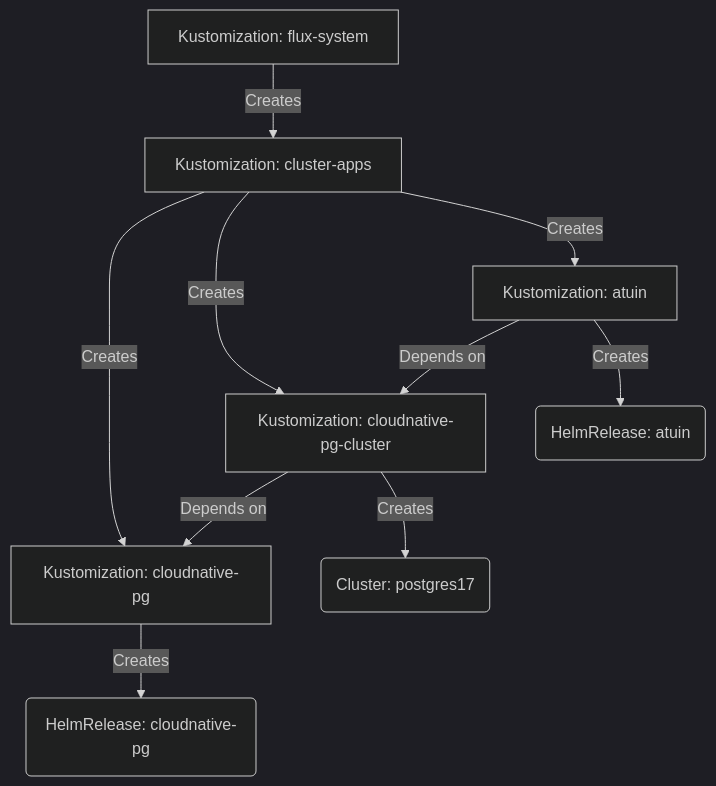
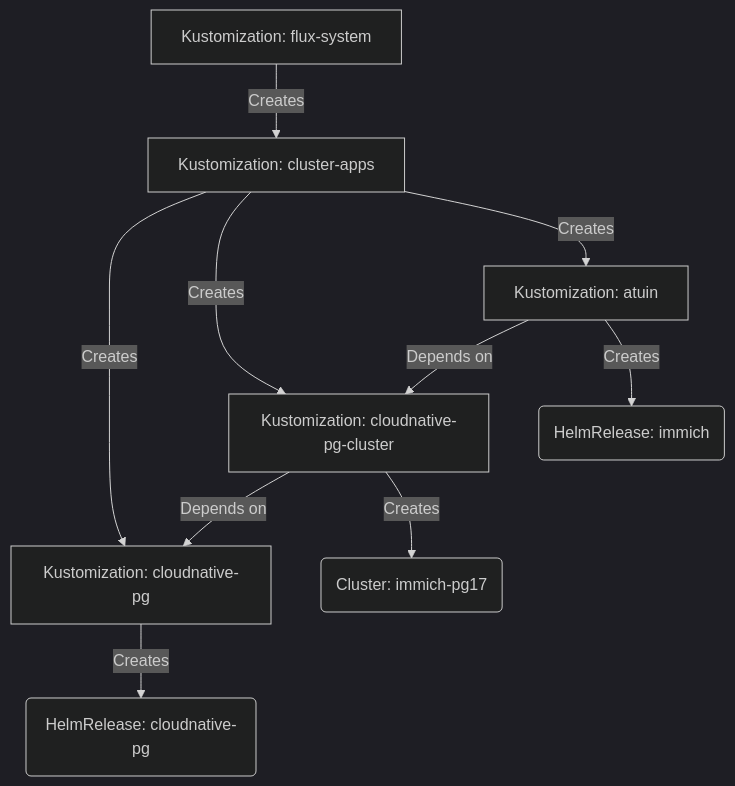
One commit to pwyde/home-ops changed the first of 2 diagrams in README.md. Above: the diagram before and after it, drawn with Mermaid (dark theme). The commit also changed other lines of this file, not shown here.

````diff
--- a/README.md
+++ b/README.md
@@ -90,12 +90,12 @@
 ```mermaid
 graph TD;
   id1[Kustomization: flux-system] -->|Creates| id2[Kustomization: cluster-apps];
   id2 -->|Creates| id3[Kustomization: cloudnative-pg];
   id2 -->|Creates| id4[Kustomization: cloudnative-pg-cluster];
   id2 -->|Creates| id5[Kustomization: atuin];
   id3 -->|Creates| id6(HelmRelease: cloudnative-pg);
   id4 -->|Depends on| id3;
-  id4 -->|Creates| id7(Cluster: postgres17);
+  id4 -->|Creates| id7(Cluster: immich-pg17);
   id5 -->|Depends on| id4;
-  id5 -->|Creates| id8(HelmRelease: atuin);
+  id5 -->|Creates| id8(HelmRelease: immich);
 ```
````
